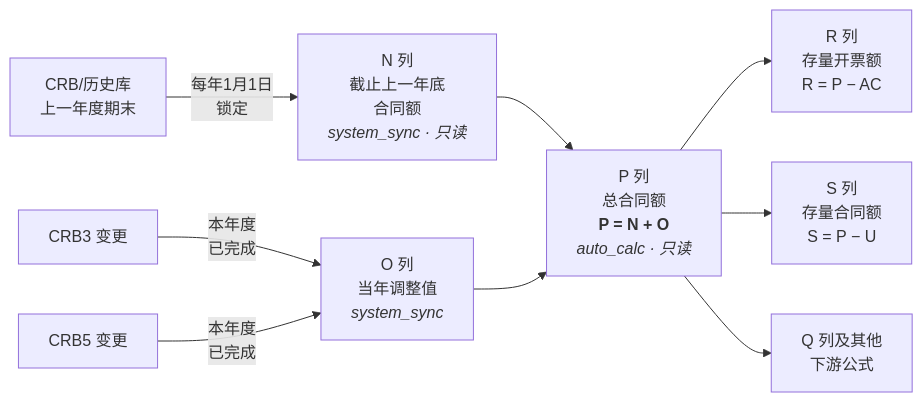
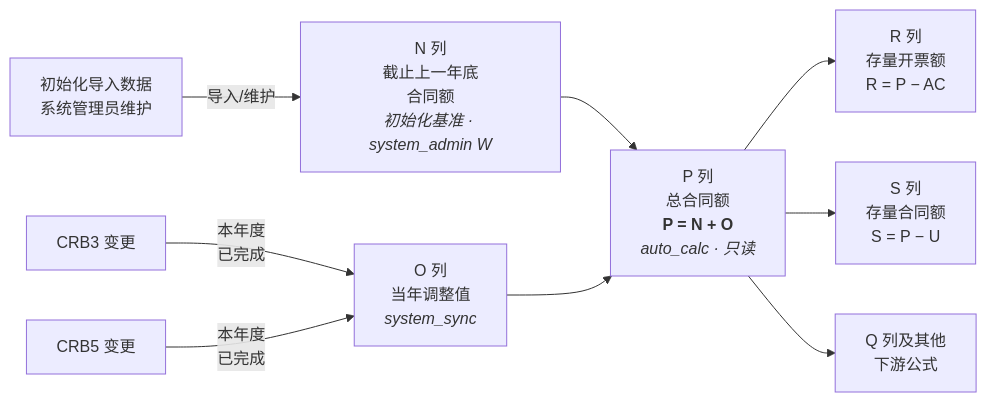
Before and after one commit to marcelxu0272/202605_project-tracking-table: the fifth of 15 diagrams in docs/需求文档/需求文档_开发版.md, drawn with Mermaid. The commit also changed other lines of this file and 20 other files, not shown here.

````diff
--- a/docs/需求文档/需求文档_开发版.md
+++ b/docs/需求文档/需求文档_开发版.md
@@ -353,14 +354,14 @@
 ```mermaid
 flowchart LR
-    CRB_HIST["CRB/历史库<br/>上一年度期末"] -->|每年1月1日<br/>锁定| N["N 列<br/>截止上一年底<br/>合同额<br/><i>system_sync · 只读</i>"]
+    INIT_BASE["初始化导入数据<br/>系统管理员维护"] -->|导入/维护| N["N 列<br/>截止上一年底<br/>合同额<br/><i>初始化基准 · system_admin W</i>"]
 
     CRB3["CRB3 变更"] -->|本年度<br/>已完成| O["O 列<br/>当年调整值<br/><i>system_sync</i>"]
     CRB5["CRB5 变更"] -->|本年度<br/>已完成| O
 
     N --> P["P 列<br/>总合同额<br/><b>P = N + O</b><br/><i>auto_calc · 只读</i>"]
     O --> P
 
     P --> R["R 列<br/>存量开票额<br/>R = P − AC"]
     P --> S["S 列<br/>存量合同额<br/>S = P − U"]
     P --> Q["Q 列及其他<br/>下游公式"]
 ```
````
